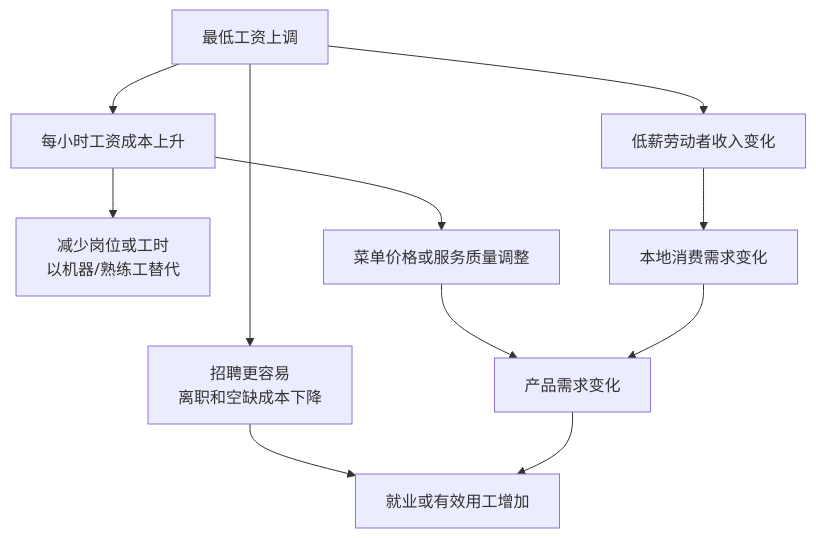
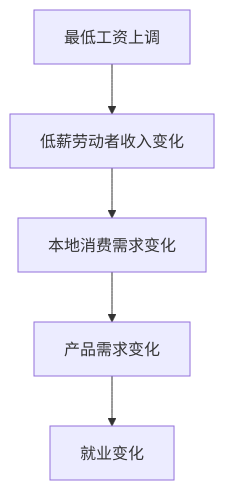
One commit to EunsonZ/WWL changed the fourth of 4 diagrams in 社会科学/40-公共政策与社会学/20-最低工资与就业证据/01-先定义效应再选对照.md. Above: the diagram before and after it, drawn with Mermaid. The commit also changed other lines of this file and 75 other files, not shown here.

````diff
--- a/社会科学/40-公共政策与社会学/20-最低工资与就业证据/01-先定义效应再选对照.md
+++ b/社会科学/40-公共政策与社会学/20-最低工资与就业证据/01-先定义效应再选对照.md
@@ -31,13 +61,7 @@
 ```mermaid
 flowchart TD
-  MW[最低工资上调] --> Cost[每小时工资成本上升]
-  Cost --> Sub[减少岗位或工时\n以机器/熟练工替代]
-  MW --> Recruit[招聘更容易\n离职和空缺成本下降]
-  Recruit --> Emp[就业或有效用工增加]
-  Cost --> Price[菜单价格或服务质量调整]
-  Price --> Demand[产品需求变化]
-  Demand --> Emp
-  MW --> Income[低薪劳动者收入变化]
+  MW[最低工资上调] --> Income[低薪劳动者收入变化]
   Income --> Local[本地消费需求变化]
-  Local --> Demand
+  Local --> Demand[产品需求变化]
+  Demand --> Emp[就业变化]
 ```
````
